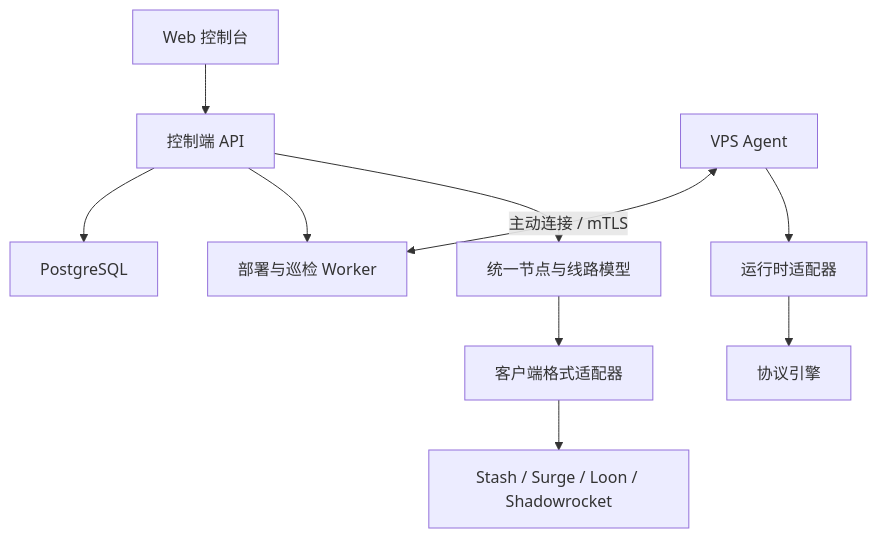
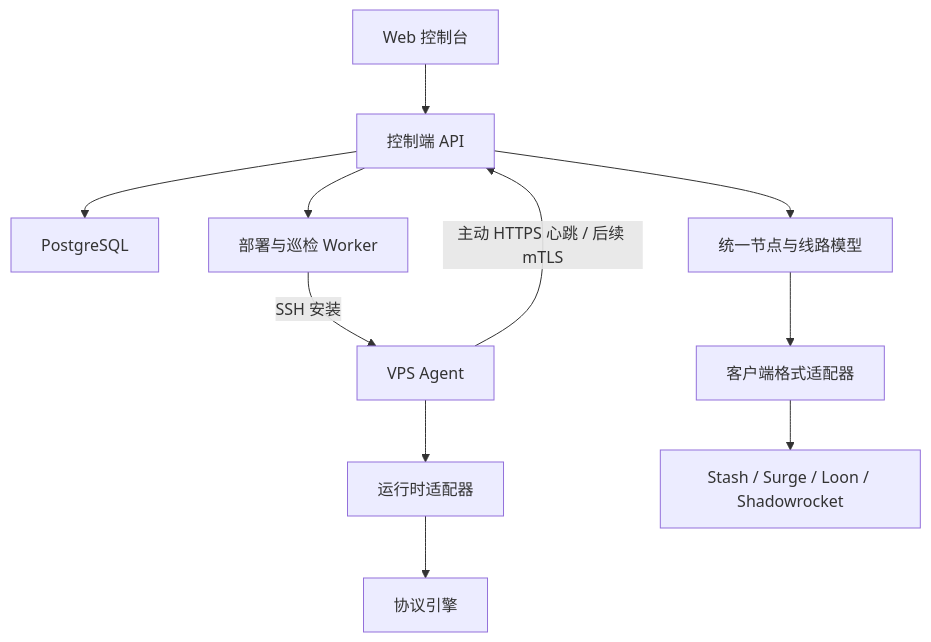
The diagram in docs/PLAN.md (Xingdu-App/xingdu), drawn with Mermaid before and after one commit. The commit also changed other lines of this file and 40 other files, not shown here.

Commit message:
Add secure Agent enrollment and SSH machine onboarding

````diff
--- a/docs/PLAN.md
+++ b/docs/PLAN.md
@@ -25,12 +27,13 @@
 ```mermaid
 flowchart TB
     Web[Web 控制台] --> API[控制端 API]
     API --> DB[PostgreSQL]
     API --> Worker[部署与巡检 Worker]
-    Agent[VPS Agent] <-->|主动连接 / mTLS| Worker
+    Agent[VPS Agent] -->|主动 HTTPS 心跳 / 后续 mTLS| API
+    Worker -->|SSH 安装| Agent
     Agent --> Adapter[运行时适配器]
     Adapter --> Engine[协议引擎]
     API --> Model[统一节点与线路模型]
     Model --> Export[客户端格式适配器]
     Export --> Clients[Stash / Surge / Loon / Shadowrocket]
 ```
````
